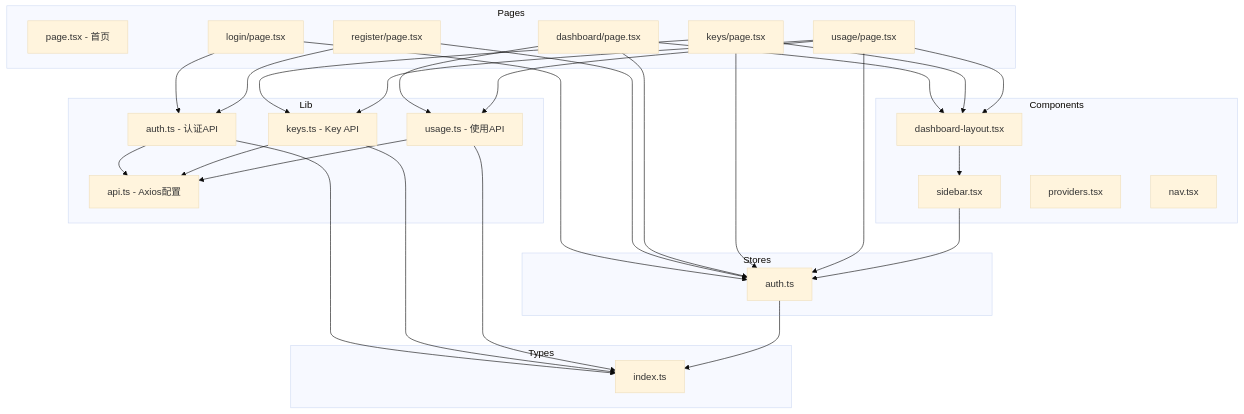
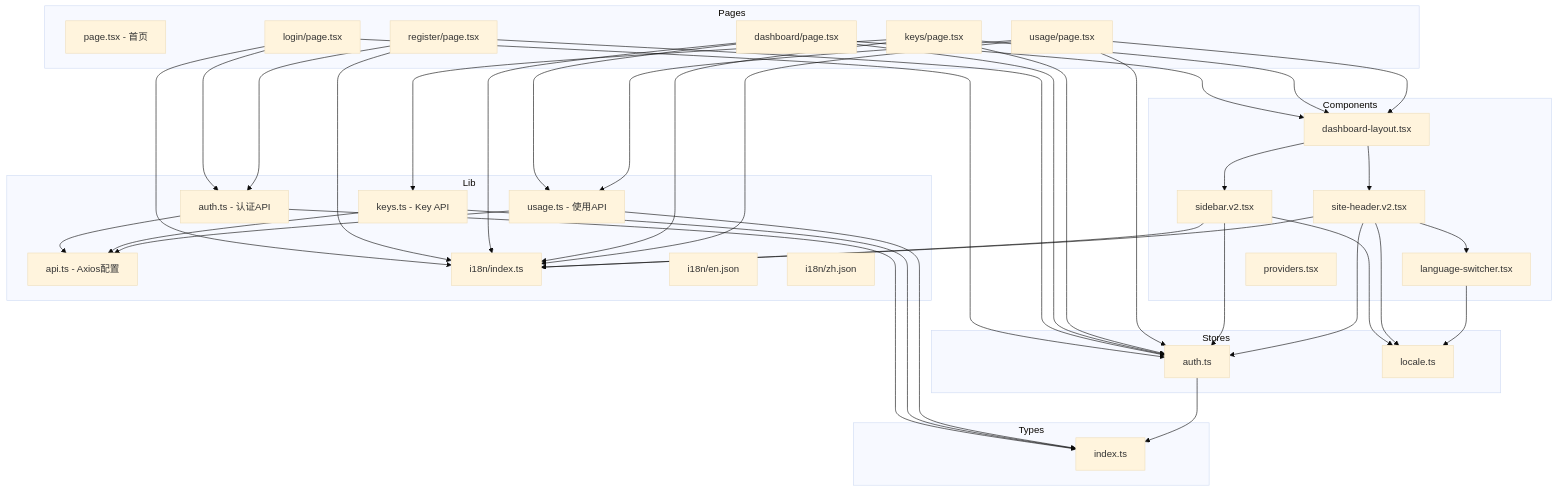
One commit to Zekiwest/sub2api-web changed the diagram in PROJECT_INDEX.md. Above: the diagram before and after it, drawn with Mermaid (base theme). The commit also changed other lines of this file and 25 other files, not shown here.

First line of the commit message:
feat(i18n): Add bilingual (en/zh) support with language switcher

````diff
--- a/PROJECT_INDEX.md
+++ b/PROJECT_INDEX.md
@@ -50,60 +52,77 @@
 ```mermaid
 graph TD
     subgraph Pages
         P1[page.tsx - 首页]
         P2[login/page.tsx]
         P3[register/page.tsx]
         P4[dashboard/page.tsx]
         P5[keys/page.tsx]
         P6[usage/page.tsx]
     end
 
     subgraph Components
-        C1[sidebar.tsx]
+        C1[sidebar.v2.tsx]
         C2[dashboard-layout.tsx]
-        C3[providers.tsx]
-        C4[nav.tsx]
+        C3[site-header.v2.tsx]
+        C4[language-switcher.tsx]
+        C5[providers.tsx]
     end
 
     subgraph Stores
         S1[auth.ts]
+        S2[locale.ts]
     end
 
     subgraph Lib
         L1[auth.ts - 认证API]
         L2[keys.ts - Key API]
         L3[usage.ts - 使用API]
         L4[api.ts - Axios配置]
+        L5[i18n/index.ts]
+        L6[i18n/en.json]
+        L7[i18n/zh.json]
     end
 
     subgraph Types
         T1[index.ts]
     end
 
     P2 --> S1
     P2 --> L1
+    P2 --> L5
     P3 --> S1
     P3 --> L1
+    P3 --> L5
     P4 --> C2
     P4 --> S1
     P4 --> L3
+    P4 --> L5
     P5 --> C2
     P5 --> S1
     P5 --> L2
+    P5 --> L5
     P6 --> C2
     P6 --> S1
     P6 --> L3
-    P6 --> L2
+    P6 --> L5
 
     C2 --> C1
+    C2 --> C3
     C1 --> S1
+    C1 --> S2
+    C1 --> L5
+    C3 --> S1
+    C3 --> S2
+    C3 --> L5
+    C3 --> C4
+    C4 --> S2
 
     L1 --> L4
     L2 --> L4
     L3 --> L4
 
     L1 --> T1
     L2 --> T1
     L3 --> T1
     S1 --> T1
 ```
````
